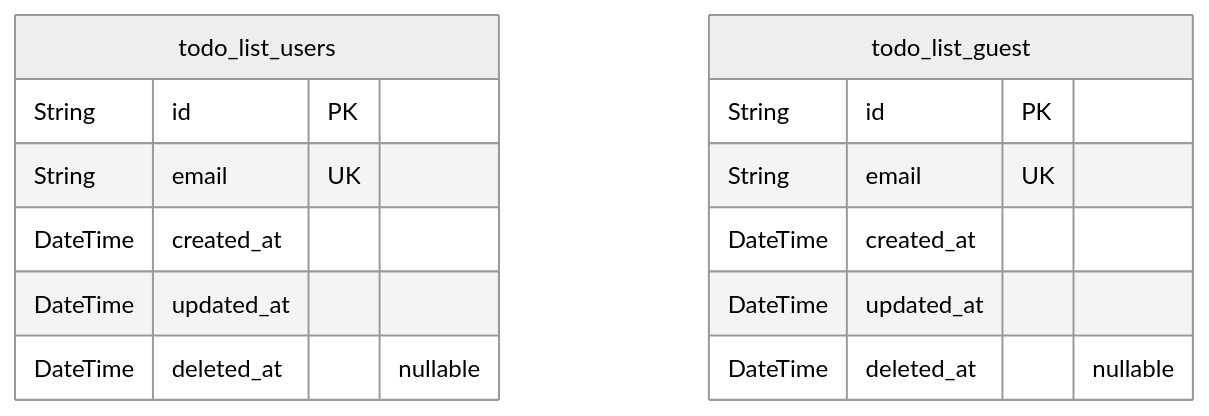
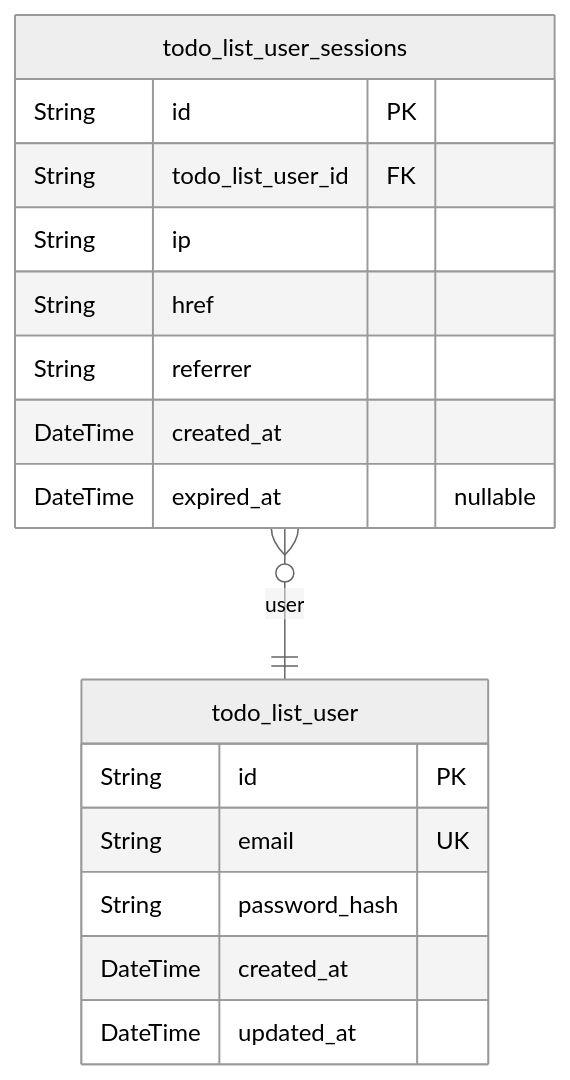
One commit to wrtnlabs/autobe-examples changed the first of 2 diagrams in qwen/qwen3-next-80b-a3b-instruct/todo/docs/ERD.md. Above: the diagram before and after it, drawn with Mermaid (neutral theme). The commit also changed other lines of this file and 8017 other files, not shown here.

````diff
--- a/qwen/qwen3-next-80b-a3b-instruct/todo/docs/ERD.md
+++ b/qwen/qwen3-next-80b-a3b-instruct/todo/docs/ERD.md
@@ -10,17 +10,20 @@
 ```mermaid
 erDiagram
-"todo_list_users" {
+"todo_list_user" {
   String id PK
   String email UK
+  String password_hash
   DateTime created_at
   DateTime updated_at
-  DateTime deleted_at "nullable"
 }
-"todo_list_guest" {
+"todo_list_user_sessions" {
   String id PK
-  String email UK
+  String todo_list_user_id FK
+  String ip
+  String href
+  String referrer
   DateTime created_at
-  DateTime updated_at
-  DateTime deleted_at "nullable"
+  DateTime expired_at "nullable"
 }
+"todo_list_user_sessions" }o--|| "todo_list_user" : user
 ```
````
